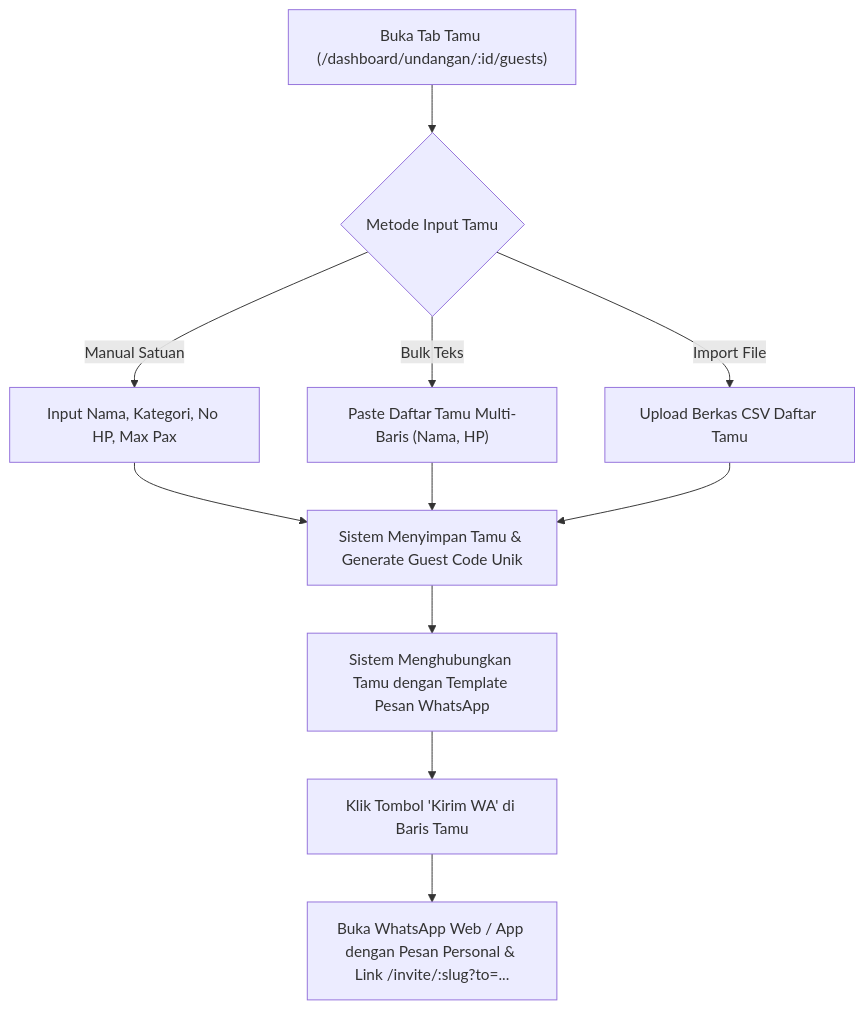
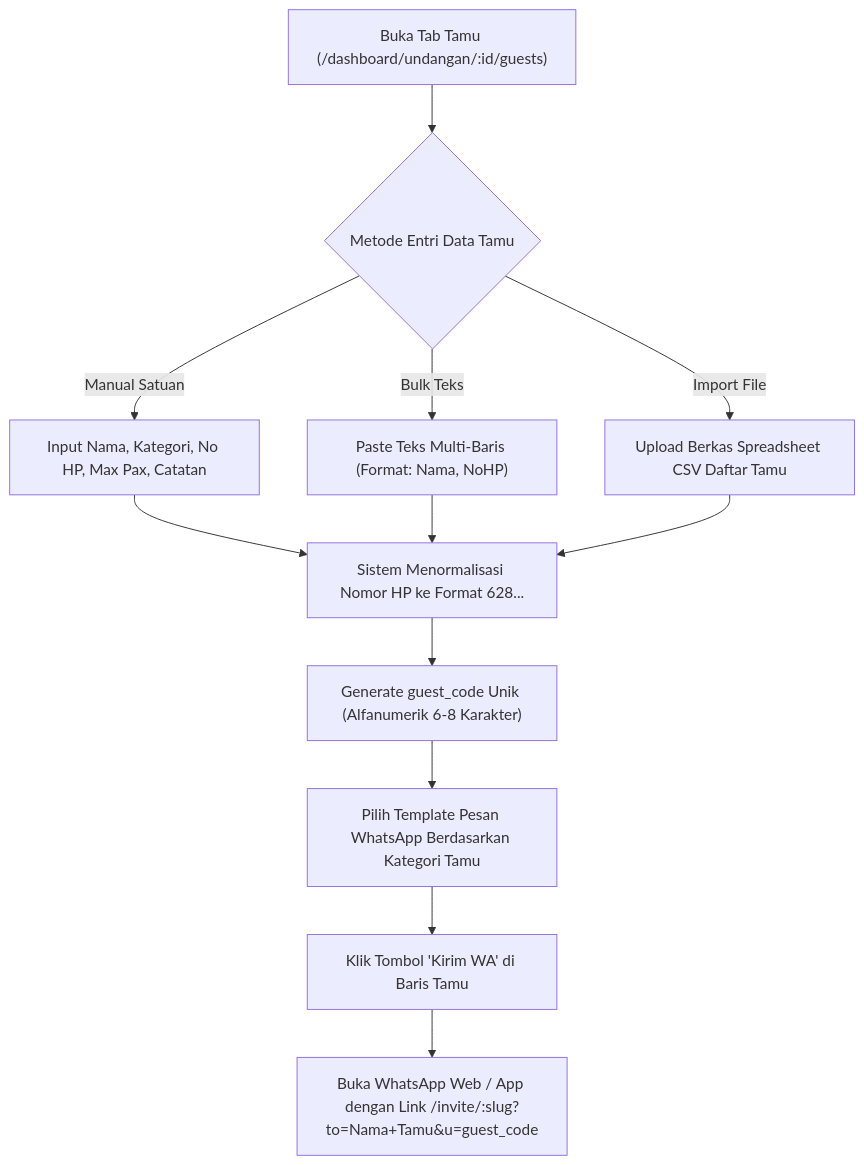
Before and after one commit to maszaen/infomase: the fifth of 11 diagrams in docs/BUSINESS_FLOW.md, drawn with Mermaid. The commit also changed other lines of this file and 21 other files, not shown here.

Commit message:
feat(frontend): integrate CI4 backend proxy, auth sync, live slug validator, and multi-invitation isolation

````diff
--- a/docs/BUSINESS_FLOW.md
+++ b/docs/BUSINESS_FLOW.md
@@ -104,11 +132,12 @@
 ```mermaid
 flowchart TD
-    A["Buka Tab Tamu (/dashboard/undangan/:id/guests)"] --> B{"Metode Input Tamu"}
-    B -- "Manual Satuan" --> C["Input Nama, Kategori, No HP, Max Pax"]
-    B -- "Bulk Teks" --> D["Paste Daftar Tamu Multi-Baris (Nama, HP)"]
-    B -- "Import File" --> E["Upload Berkas CSV Daftar Tamu"]
-    C & D & E --> F["Sistem Menyimpan Tamu & Generate Guest Code Unik"]
-    F --> G["Sistem Menghubungkan Tamu dengan Template Pesan WhatsApp"]
-    G --> H["Klik Tombol 'Kirim WA' di Baris Tamu"]
-    H --> I["Buka WhatsApp Web / App dengan Pesan Personal & Link /invite/:slug?to=..."]
+    A["Buka Tab Tamu (/dashboard/undangan/:id/guests)"] --> B{"Metode Entri Data Tamu"}
+    B -- "Manual Satuan" --> C["Input Nama, Kategori, No HP, Max Pax, Catatan"]
+    B -- "Bulk Teks" --> D["Paste Teks Multi-Baris (Format: Nama, NoHP)"]
+    B -- "Import File" --> E["Upload Berkas Spreadsheet CSV Daftar Tamu"]
+    C & D & E --> F["Sistem Menormalisasi Nomor HP ke Format 628..."]
+    F --> G["Generate guest_code Unik (Alfanumerik 6-8 Karakter)"]
+    G --> H["Pilih Template Pesan WhatsApp Berdasarkan Kategori Tamu"]
+    H --> I["Klik Tombol 'Kirim WA' di Baris Tamu"]
+    I --> J["Buka WhatsApp Web / App dengan Link /invite/:slug?to=Nama+Tamu&u=guest_code"]
 ```
````
